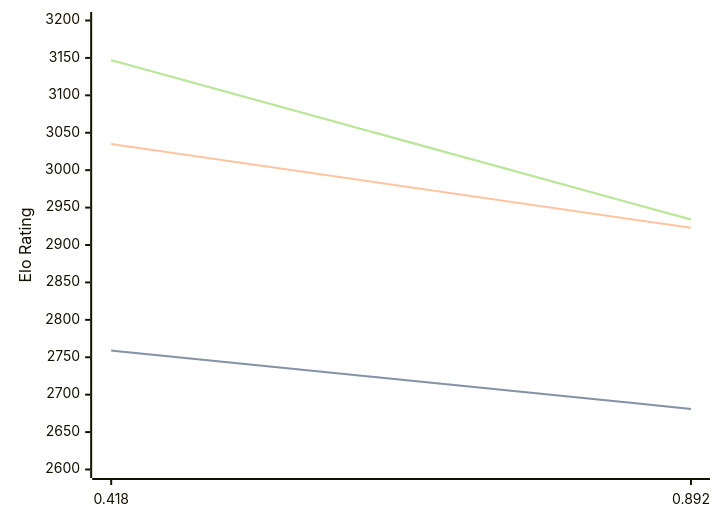
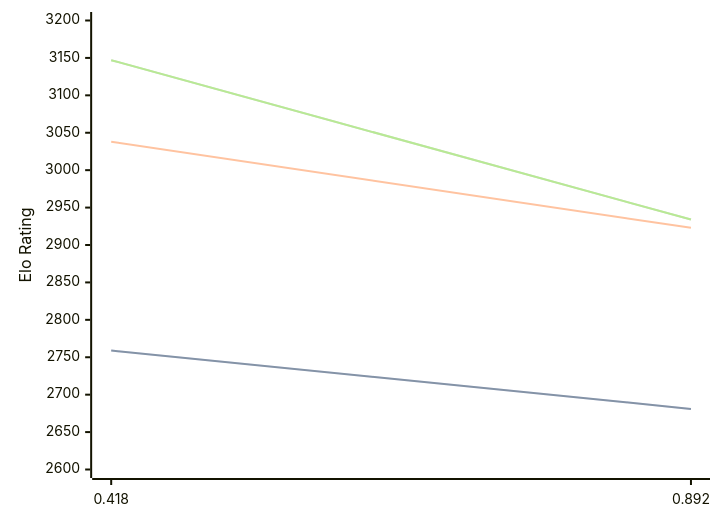
One commit to computer-chess-index/cci changed the diagram in engines/Malika.md. Above: the diagram before and after it, drawn with Mermaid. The commit also changed other lines of this file, not shown here.

````diff
--- a/engines/Malika.md
+++ b/engines/Malika.md
@@ -30,11 +30,11 @@
 ```mermaid
 %%{init: {"theme":"base","themeVariables":{"seriesColors:['#a3a3a3','#222221','#faa371']}}}%%
 xychart-beta
   x-axis ["0.418", "0.892"]
   y-axis "Elo Rating" 2600 --> 3200
   line "STC (8.0+0.08s)" [2759, 2681]
   line "STC (8.0+0.08s)" [2759, 2681]
-  line "LTC (60.0+0.60s)" [3035, 2923]
+  line "LTC (60.0+0.60s)" [3038, 2923]
   line "VLTC (2m24s+1.12s)" [3147, 2934]
   line "VLTC (2m24s+1.12s)" [3147, 2934]
 ```
````
